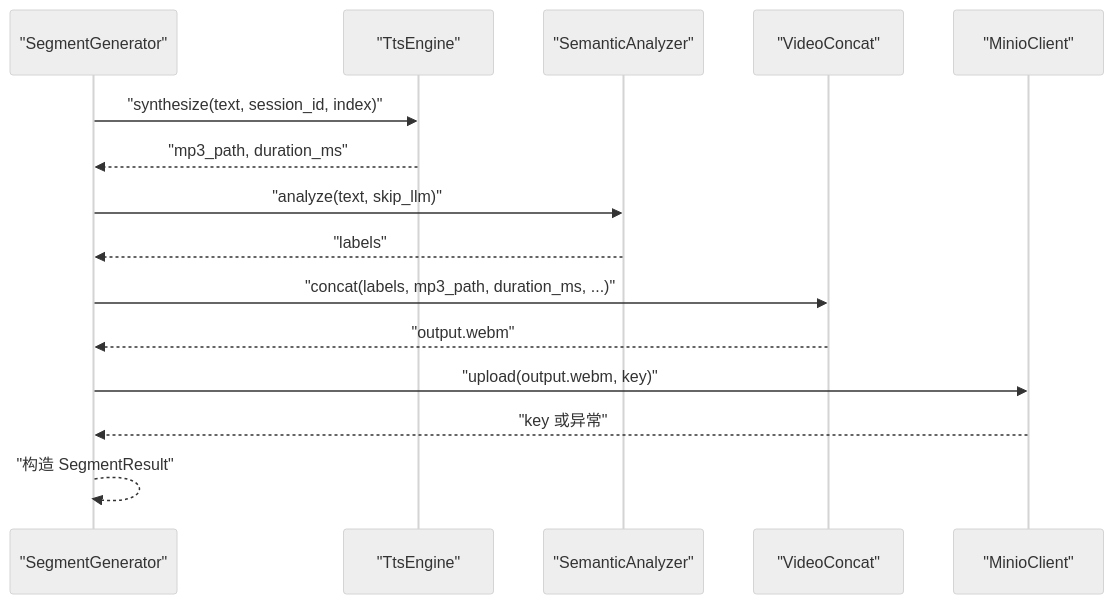
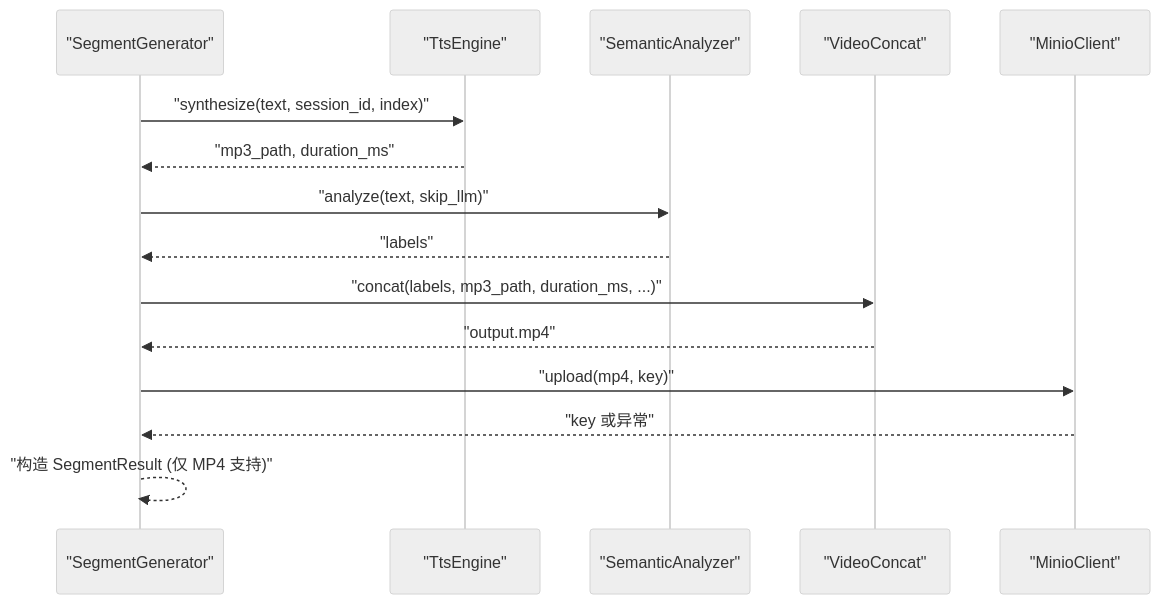
The fifth of 6 diagrams in .qoder/repowiki/zh/content/后端服务/多媒体处理流水线/视频片段拼接.md (leo21cn/real-time-talk), drawn with Mermaid (neutral theme) before and after one commit. The commit also changed other lines of this file and 9 other files, not shown here.

````diff
--- a/.qoder/repowiki/zh/content/后端服务/多媒体处理流水线/视频片段拼接.md
+++ b/.qoder/repowiki/zh/content/后端服务/多媒体处理流水线/视频片段拼接.md
@@ -225,17 +275,17 @@
 ```mermaid
 sequenceDiagram
 participant Gen as "SegmentGenerator"
 participant TTS as "TtsEngine"
 participant Sem as "SemanticAnalyzer"
 participant Cvt as "VideoConcat"
 participant OSS as "MinioClient"
 Gen->>TTS : "synthesize(text, session_id, index)"
 TTS-->>Gen : "mp3_path, duration_ms"
 Gen->>Sem : "analyze(text, skip_llm)"
 Sem-->>Gen : "labels"
 Gen->>Cvt : "concat(labels, mp3_path, duration_ms, ...)"
-Cvt-->>Gen : "output.webm"
-Gen->>OSS : "upload(output.webm, key)"
+Cvt-->>Gen : "output.mp4"
+Gen->>OSS : "upload(mp4, key)"
 OSS-->>Gen : "key 或异常"
-Gen-->>Gen : "构造 SegmentResult"
+Gen-->>Gen : "构造 SegmentResult (仅 MP4 支持)"
 ```
````
